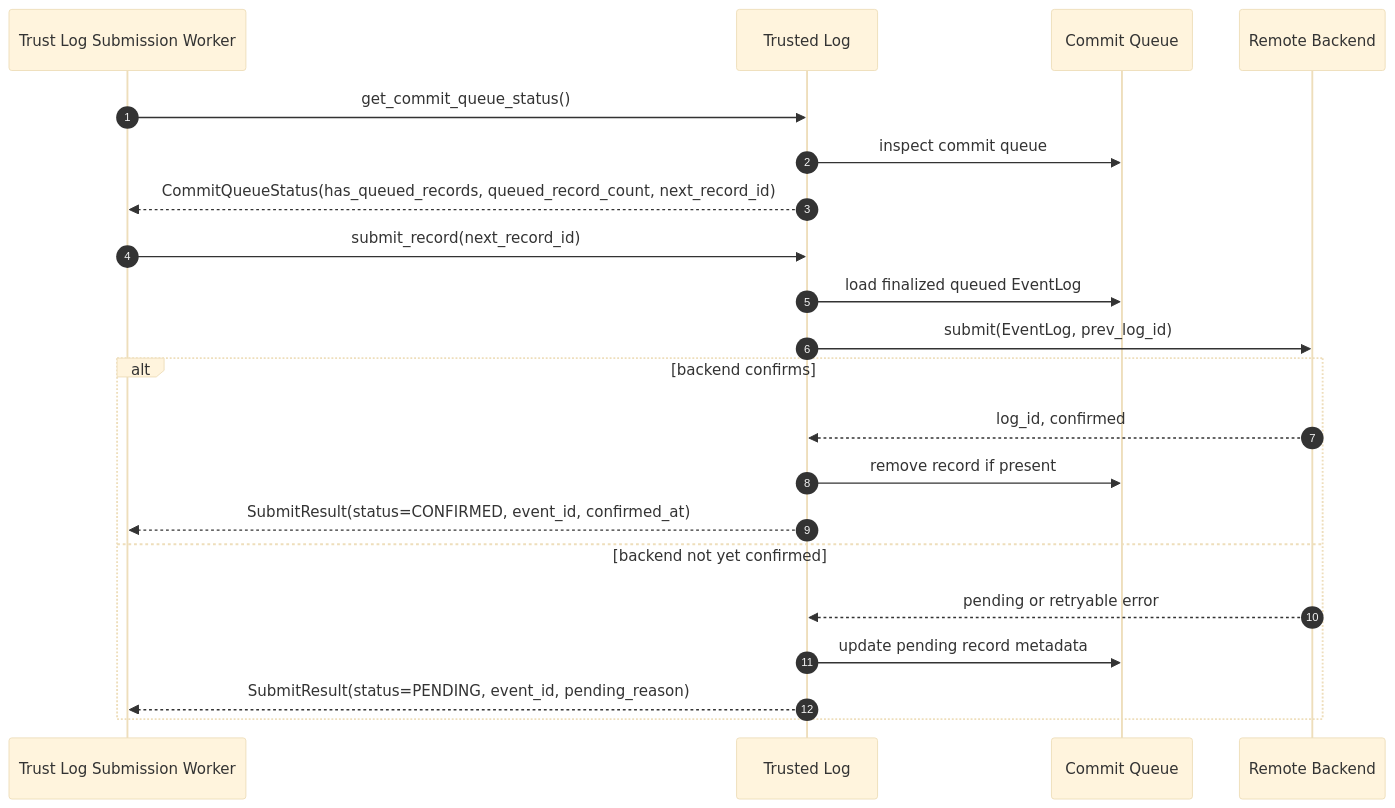
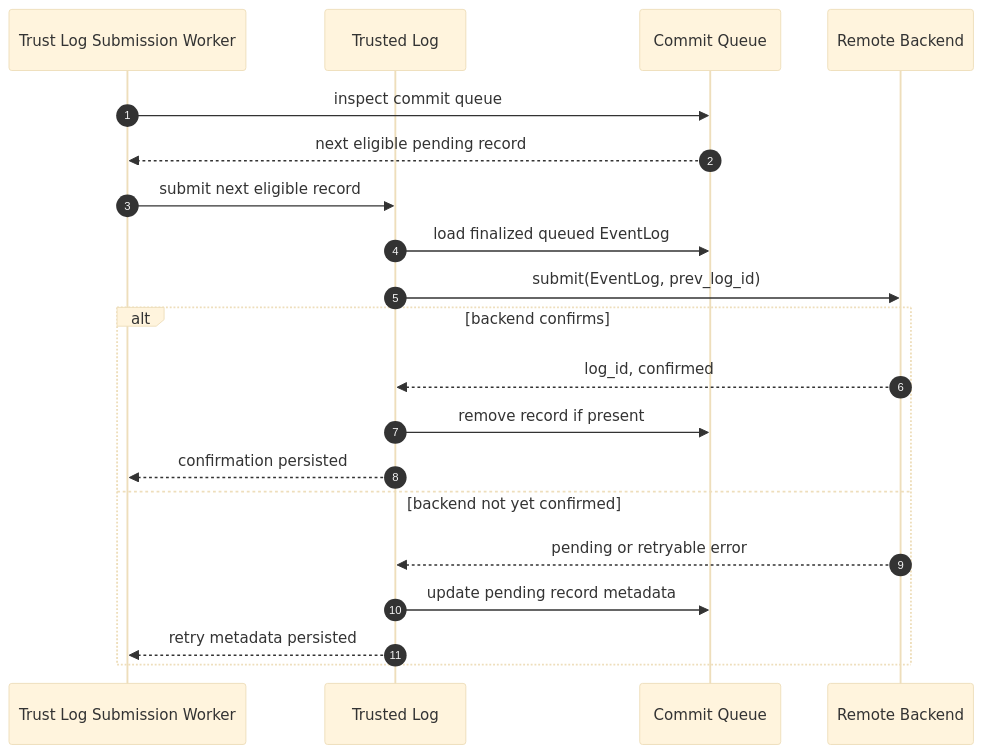
One commit to intel/confidential-computing-zoo changed the seventh of 7 diagrams in docs/trusted-log/architecture.md. Above: the diagram before and after it, drawn with Mermaid (base theme). The commit also changed other lines of this file and 1 other file, not shown here.

````diff
--- a/docs/trusted-log/architecture.md
+++ b/docs/trusted-log/architecture.md
@@ -776,26 +773,25 @@
 ```mermaid
 sequenceDiagram
     autonumber
 
     participant TL_SW as Trust Log Submission Worker
     participant TL as Trusted Log
     participant PQ as Commit Queue
     participant RB as Remote Backend
 
-    TL_SW->>TL: get_commit_queue_status()
-    TL->>PQ: inspect commit queue
-    TL-->>TL_SW: CommitQueueStatus(has_queued_records, queued_record_count, next_record_id)
-    TL_SW->>TL: submit_record(next_record_id)
+    TL_SW->>PQ: inspect commit queue
+    PQ-->>TL_SW: next eligible pending record
+    TL_SW->>TL: submit next eligible record
     TL->>PQ: load finalized queued EventLog
     TL->>RB: submit(EventLog, prev_log_id)
 
     alt backend confirms
         RB-->>TL: log_id, confirmed
         TL->>PQ: remove record if present
-        TL-->>TL_SW: SubmitResult(status=CONFIRMED, event_id, confirmed_at)
+        TL-->>TL_SW: confirmation persisted
     else backend not yet confirmed
         RB-->>TL: pending or retryable error
         TL->>PQ: update pending record metadata
-        TL-->>TL_SW: SubmitResult(status=PENDING, event_id, pending_reason)
+        TL-->>TL_SW: retry metadata persisted
     end
 ```
````
